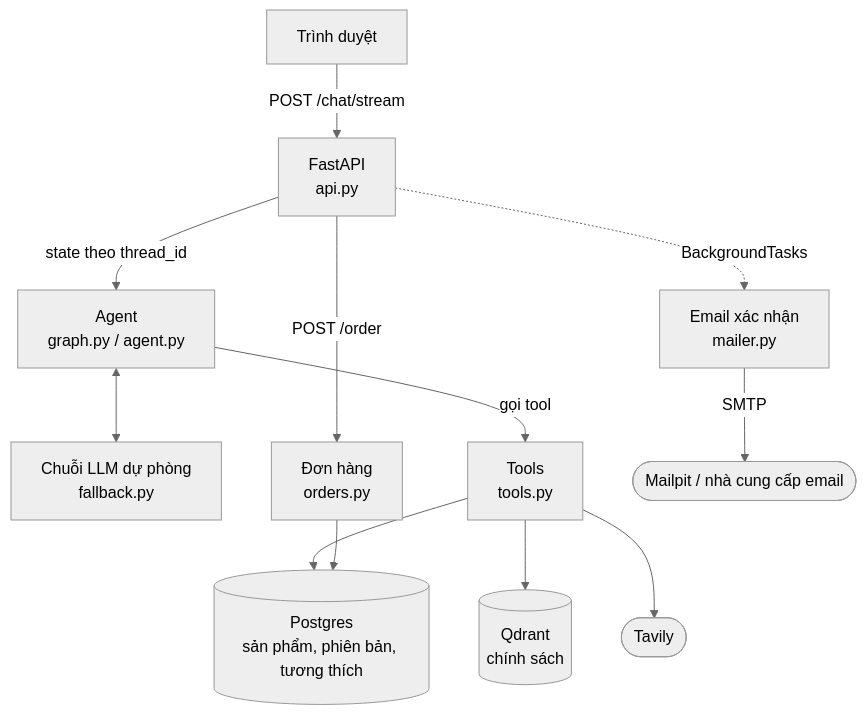
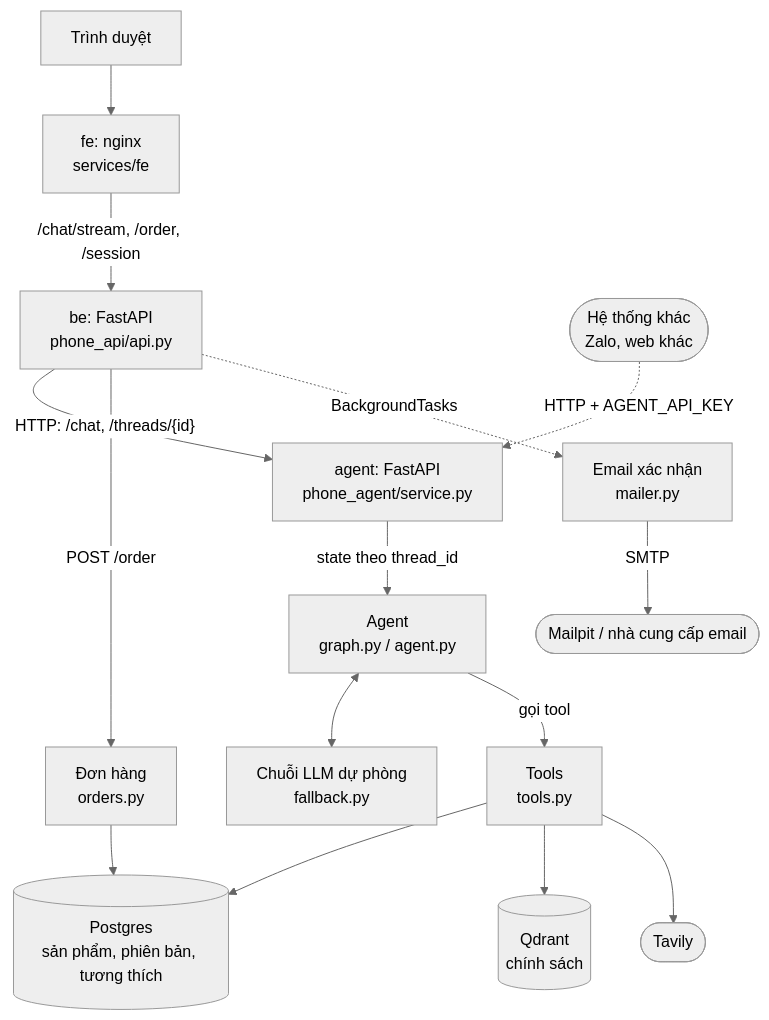
Before and after one commit to vu-wspace/sales_agent: the first of 4 diagrams in README.md, drawn with Mermaid (neutral theme). The commit also changed other lines of this file and 59 other files, not shown here.

````diff
--- a/README.md
+++ b/README.md
@@ -248,12 +287,14 @@
 ```mermaid
 flowchart TB
-    browser["Trình duyệt"] -- "POST /chat/stream" --> api["FastAPI<br/>api.py"]
-    api -- "state theo thread_id" --> agent["Agent<br/>graph.py / agent.py"]
+    browser["Trình duyệt"] --> fe["fe: nginx<br/>services/fe"] -- "/chat/stream, /order, /session" --> api["be: FastAPI<br/>phone_api/api.py"]
+    api -- "HTTP: /chat, /threads/{id}" --> service["agent: FastAPI<br/>phone_agent/service.py"]
+    other(["Hệ thống khác<br/>Zalo, web khác"]) -. "HTTP + AGENT_API_KEY" .-> service
+    service -- "state theo thread_id" --> agent["Agent<br/>graph.py / agent.py"]
     agent <--> chain["Chuỗi LLM dự phòng<br/>fallback.py"]
     agent -- "gọi tool" --> tools["Tools<br/>tools.py"]
     tools --> postgres[("Postgres<br/>sản phẩm, phiên bản, tương thích")]
     tools --> qdrant[("Qdrant<br/>chính sách")]
     tools --> tavily(["Tavily"])
     api -- "POST /order" --> orders["Đơn hàng<br/>orders.py"] --> postgres
     api -. "BackgroundTasks" .-> mailer["Email xác nhận<br/>mailer.py"] -- "SMTP" --> mailpit(["Mailpit / nhà cung cấp email"])
 ```
````
